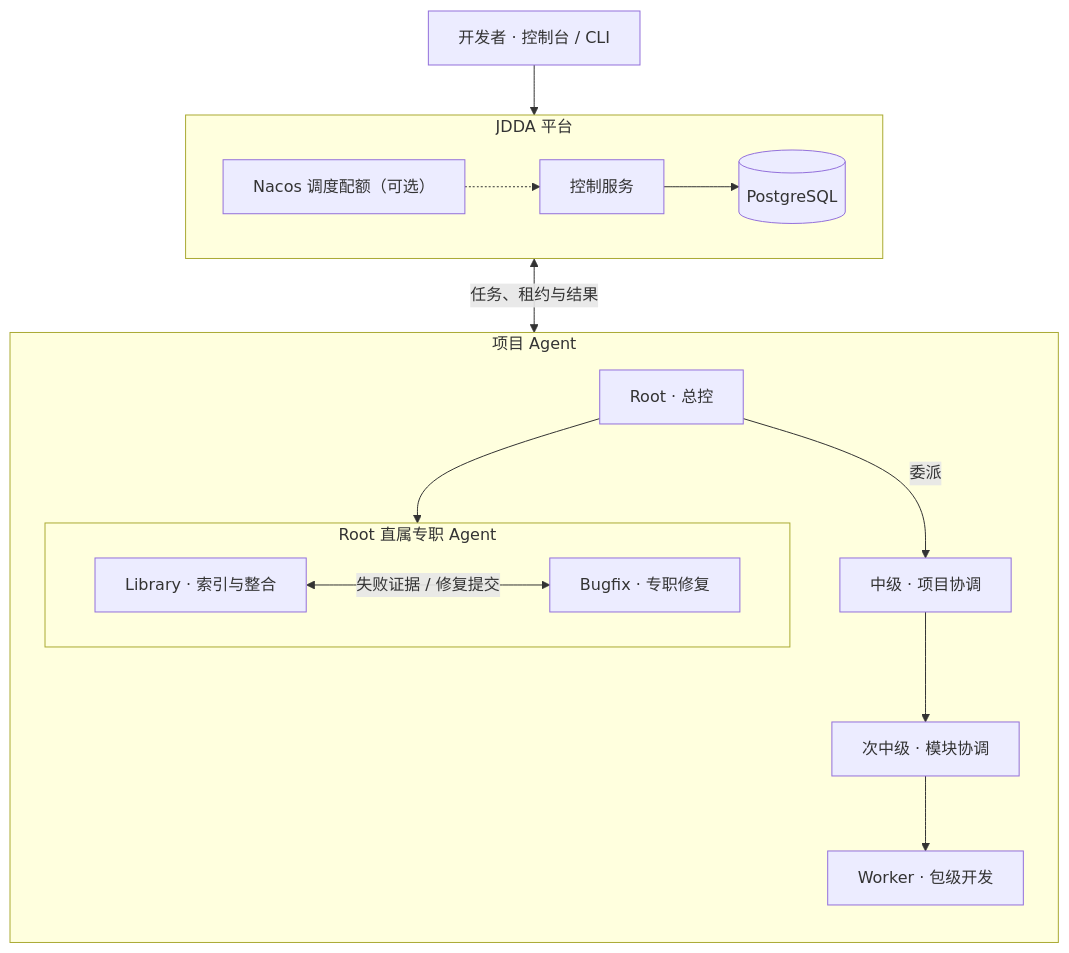
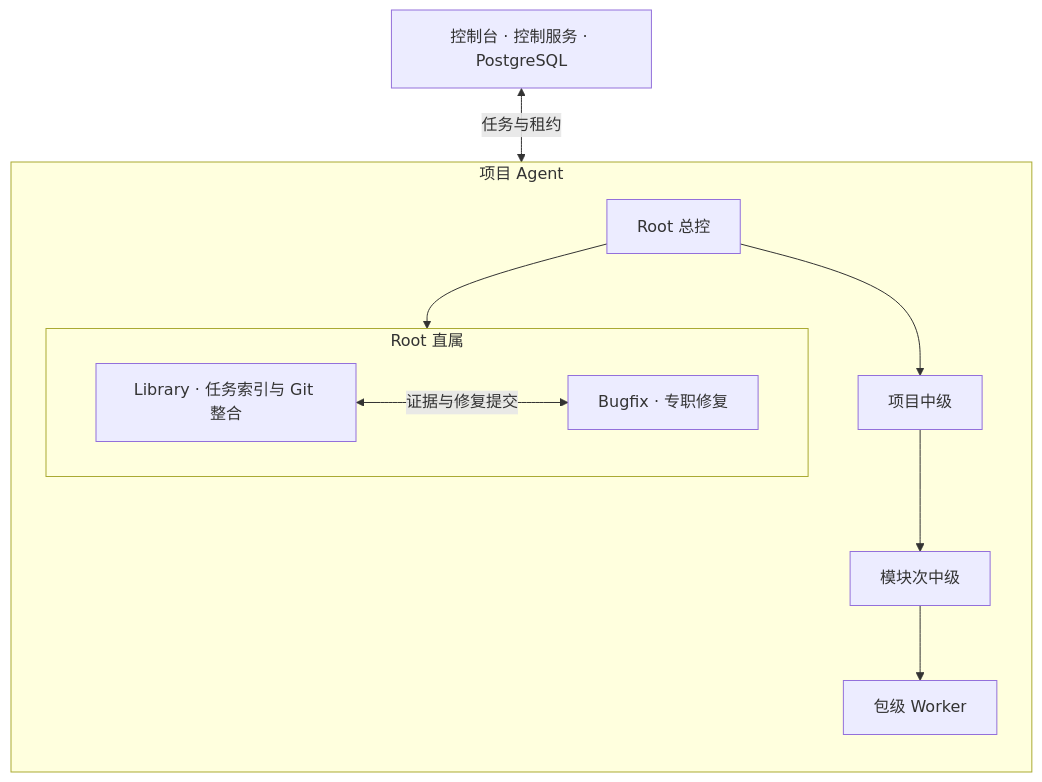
The first of 2 diagrams in README.md (William-StarX/Multi-Agent-Development-Platform-for-Java), drawn with Mermaid before and after one commit. The commit also changed other lines of this file and 6 other files, not shown here.

Commit message:
Publish JDDA Root skill and concise bilingual README

````diff
--- a/README.md
+++ b/README.md
@@ -9,26 +11,13 @@
 ```mermaid
 flowchart TB
-    accTitle: JDDA 控制服务与 Agent 分工
-    developer["开发者 · 控制台 / CLI"] --> platform
-
-    subgraph platform["JDDA 平台"]
-        direction LR
-        quotas["Nacos 调度配额（可选）"] -.-> control["控制服务"]
-        control --> database[("PostgreSQL")]
-    end
-
-    platform <-->|"任务、租约与结果"| projectAgents
-
-    subgraph projectAgents["项目 Agent"]
+    control["控制台 · 控制服务 · PostgreSQL"] <-->|"任务与租约"| agents
+    subgraph agents["项目 Agent"]
         direction TB
-        root["Root · 总控"] -->|"委派"| middle["中级 · 项目协调"]
-        middle --> scope["次中级 · 模块协调"]
-        scope --> worker["Worker · 包级开发"]
+        root["Root 总控"] --> middle["项目中级"] --> scope["模块次中级"] --> worker["包级 Worker"]
         root --> specialists
-
-        subgraph specialists["Root 直属专职 Agent"]
+        subgraph specialists["Root 直属"]
             direction LR
-            library["Library · 索引与整合"] <-->|"失败证据 / 修复提交"| bugfix["Bugfix · 专职修复"]
+            library["Library · 任务索引与 Git 整合"] <-->|"证据与修复提交"| bugfix["Bugfix · 专职修复"]
         end
     end
 ```
````
